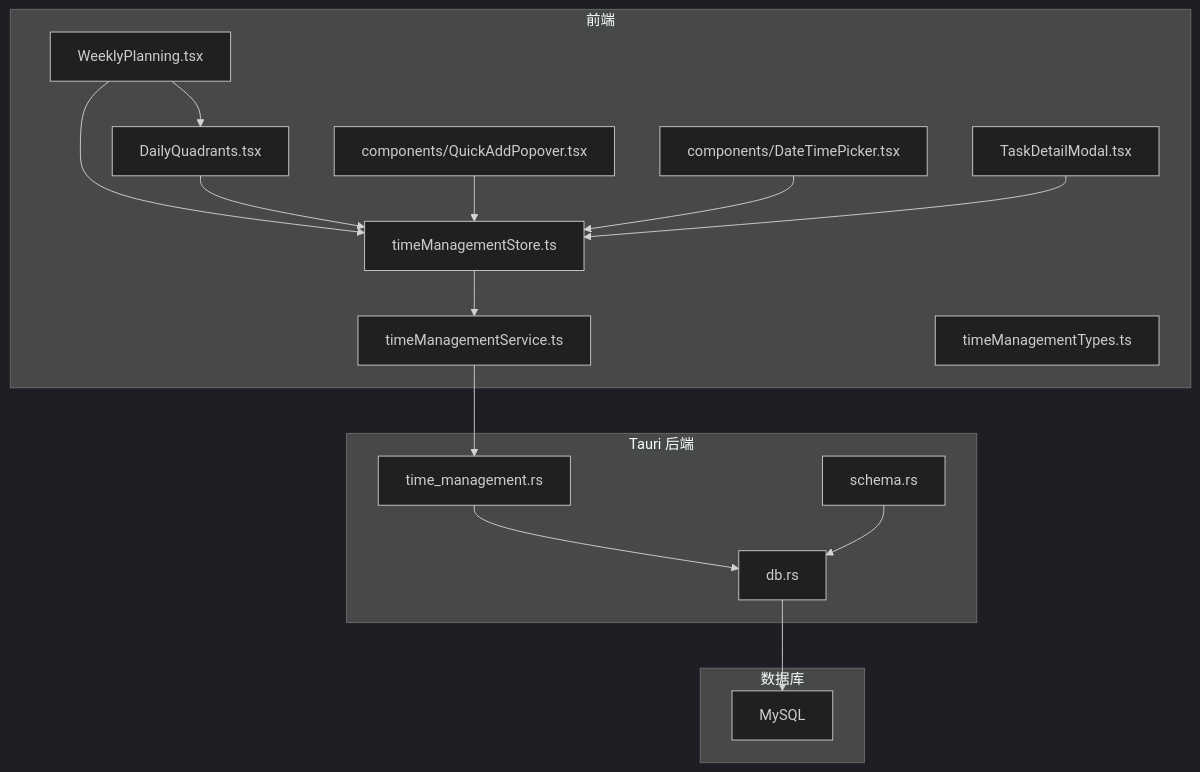
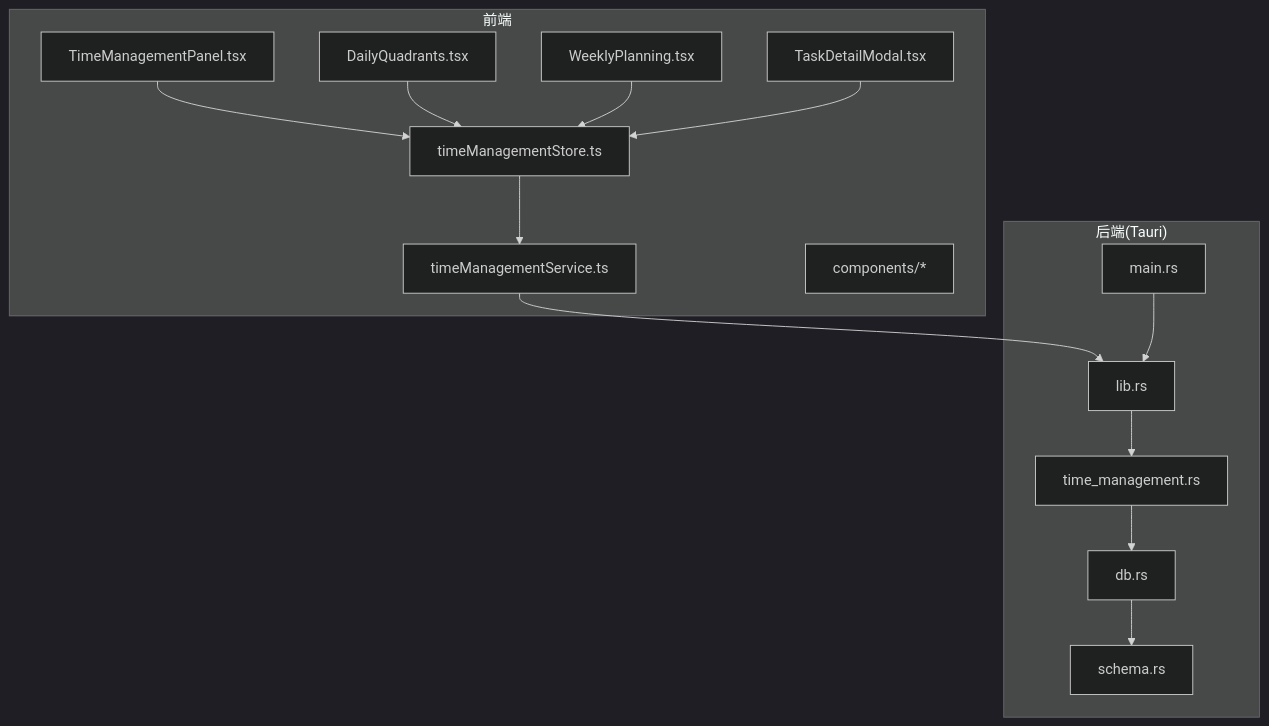
Before and after one commit to gzdxhujiale/FishWorker: the first of 10 diagrams in .qoder/repowiki/zh/content/核心功能模块/时间管理系统.md, drawn with Mermaid (dark theme). The commit also changed other lines of this file and 238 other files, not shown here.

````diff
--- a/.qoder/repowiki/zh/content/核心功能模块/时间管理系统.md
+++ b/.qoder/repowiki/zh/content/核心功能模块/时间管理系统.md
@@ -45,32 +47,29 @@
 ```mermaid
 graph TB
 subgraph "前端"
-WP["WeeklyPlanning.tsx"]
-DQ["DailyQuadrants.tsx"]
-Store["timeManagementStore.ts"]
-Service["timeManagementService.ts"]
-Types["timeManagementTypes.ts"]
-QAP["components/QuickAddPopover.tsx"]
-DTP["components/DateTimePicker.tsx"]
-TDM["TaskDetailModal.tsx"]
+A["TimeManagementPanel.tsx"]
+B["DailyQuadrants.tsx"]
+C["WeeklyPlanning.tsx"]
+D["TaskDetailModal.tsx"]
+E["timeManagementStore.ts"]
+F["timeManagementService.ts"]
+G["components/*"]
 end
-subgraph "Tauri 后端"
-TM["time_management.rs"]
-DB["db.rs"]
-Schema["schema.rs"]
+subgraph "后端(Tauri)"
+H["lib.rs"]
+I["time_management.rs"]
+J["db.rs"]
+K["schema.rs"]
+L["main.rs"]
 end
-subgraph "数据库"
-MySQL["MySQL"]
-end
-WP --> DQ
-WP --> Store
-DQ --> Store
-Store --> Service
-Service --> TM
-TM --> DB
-DB --> MySQL
-Schema --> DB
-QAP --> Store
-DTP --> Store
-TDM --> Store
+A --> E
+B --> E
+C --> E
+D --> E
+E --> F
+F --> H
+H --> I
+I --> J
+J --> K
+L --> H
 ```
````
